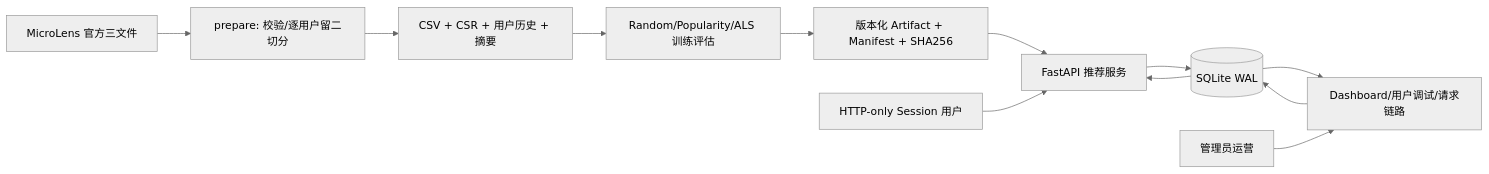
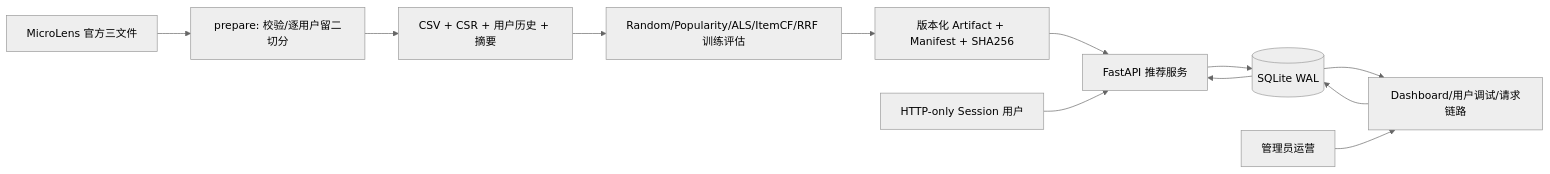
The diagram in docs/ARCHITECTURE.md (Golden-Paradise/microlens-recsys-mvp), drawn with Mermaid (neutral theme) before and after one commit. The commit also changed other lines of this file and 12 other files, not shown here.

````diff
--- a/docs/ARCHITECTURE.md
+++ b/docs/ARCHITECTURE.md
@@ -5,14 +5,14 @@
 ```mermaid
 flowchart LR
   O[MicroLens 官方三文件] --> P[prepare: 校验/逐用户留二切分]
   P --> D[CSV + CSR + 用户历史 + 摘要]
-  D --> T[Random/Popularity/ALS 训练评估]
+  D --> T[Random/Popularity/ALS/ItemCF/RRF 训练评估]
   T --> A[版本化 Artifact + Manifest + SHA256]
   A --> S[FastAPI 推荐服务]
   U[HTTP-only Session 用户] --> S
   S --> Q[(SQLite WAL)]
   Q --> B[Dashboard/用户调试/请求链路]
   M[管理员运营] --> B
   B --> Q
   Q --> S
 ```
````
